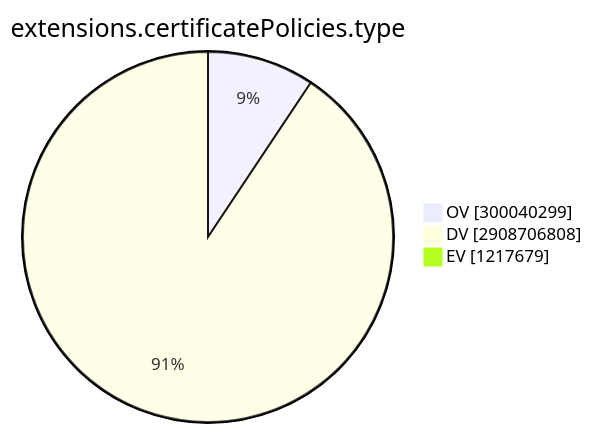
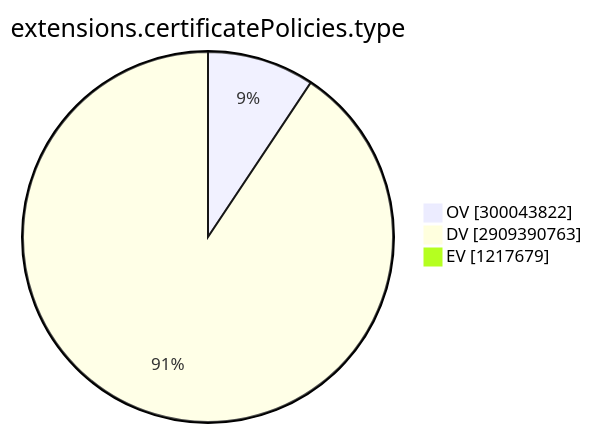
One commit to christiankrug/ctmonitor_visualization changed the ninth of 15 diagrams in TOTAL/README.md. Above: the diagram before and after it, drawn with Mermaid. The commit also changed other lines of this file, not shown here.

````diff
--- a/TOTAL/README.md
+++ b/TOTAL/README.md
@@ -3101,7 +3101,7 @@
 ```mermaid
 pie showData
 title extensions.certificatePolicies.type
-"OV" :300040299
-"DV" :2908706808
+"OV" :300043822
+"DV" :2909390763
 "EV" :1217679
 ```
````
